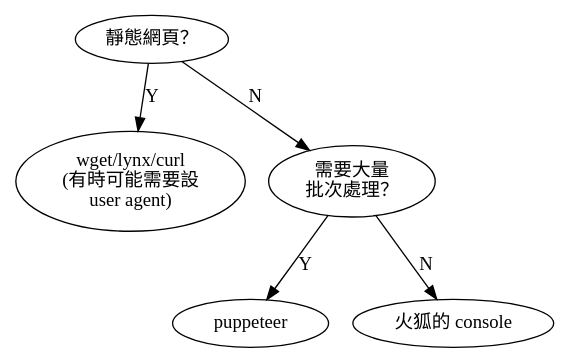
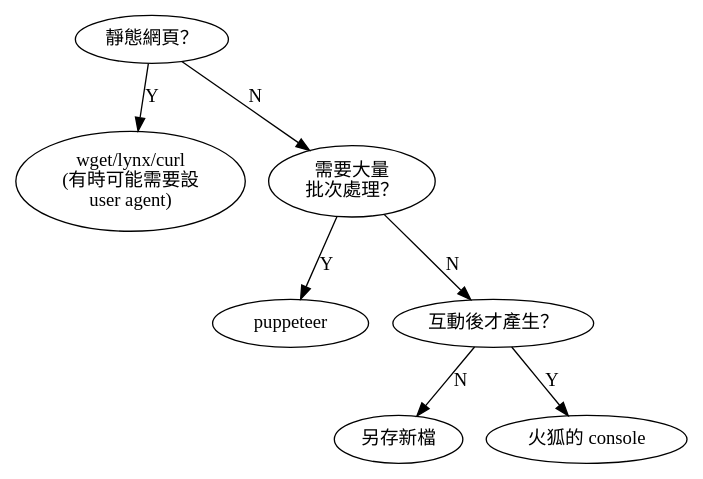
The diagram in a/m/19/get-html.dot (ckhung/ckhung.github.io), drawn with Graphviz before and after one commit. The commit also changed 1 other file, not shown here.

```diff
--- a/a/m/19/get-html.dot
+++ b/a/m/19/get-html.dot
@@ -1,15 +1,19 @@
 digraph "如何下載 html 表格？" {
 
     overlap = scale;
 
     init [ label="靜態網頁？" ];
     wget [ label="wget/lynx/curl\n(有時可能需要設\nuser agent)" ];
     batch [ label="需要大量\n批次處理？"];
     puppeteer [ label="puppeteer" ];
-    manual [ label="火狐的 console" ];
+    interactive [ label="互動後才產生？" ];
+    save_as [ label="另存新檔" ];
+    console [ label="火狐的 console" ];
 
     init -> wget [ label="Y" ];
     init -> batch [ label="N" ];
     batch -> puppeteer [ label="Y" ];
-    batch -> manual [ label="N" ];
+    batch -> interactive [ label="N" ];
+    interactive -> save_as [ label="N" ];
+    interactive -> console [ label="Y" ];
 }
```
